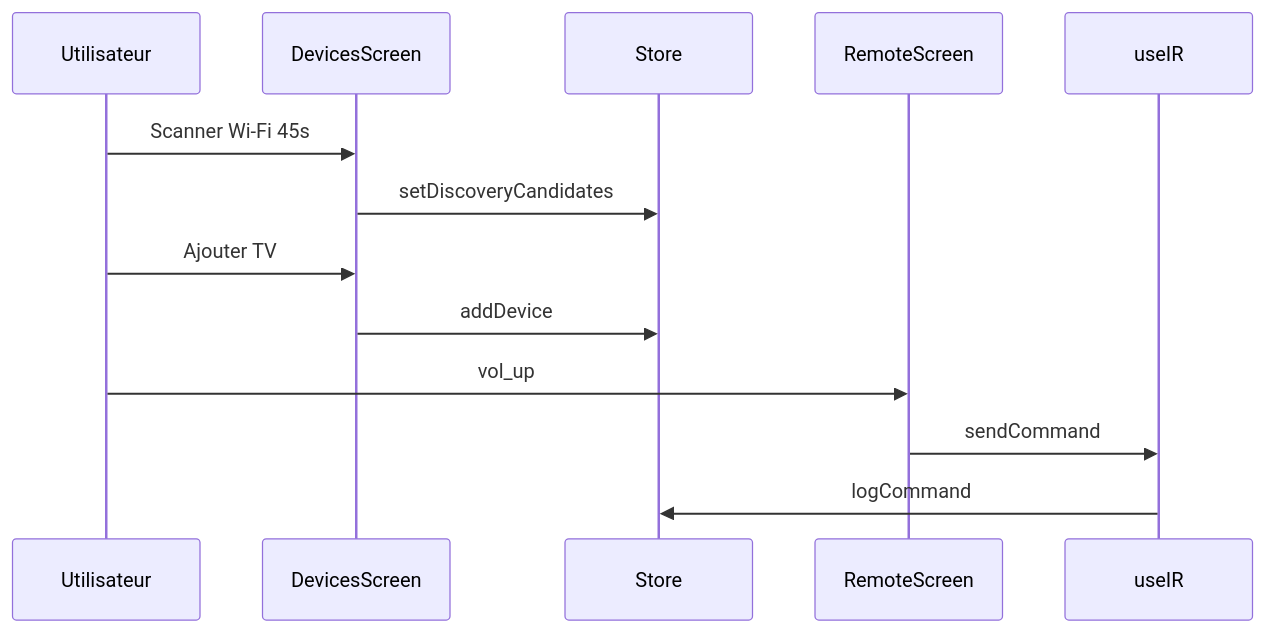
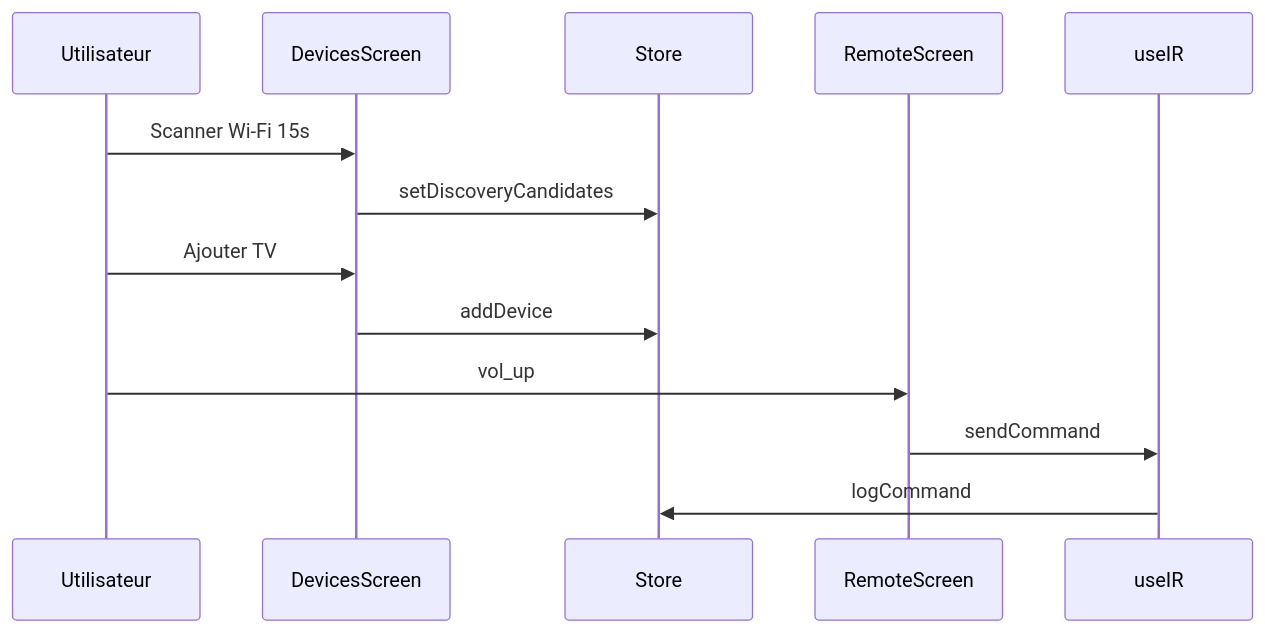
Before and after one commit to KERNEL-FORGE-G/TV: the diagram in docs/03-ECRANS-ET-COMPOSANTS.md, drawn with Mermaid. The commit also changed other lines of this file and 12 other files, not shown here.

````diff
--- a/docs/03-ECRANS-ET-COMPOSANTS.md
+++ b/docs/03-ECRANS-ET-COMPOSANTS.md
@@ -191,16 +191,16 @@
 ```mermaid
 sequenceDiagram
   participant U as Utilisateur
   participant D as DevicesScreen
   participant S as Store
   participant R as RemoteScreen
   participant IR as useIR
 
-  U->>D: Scanner Wi-Fi 45s
+  U->>D: Scanner Wi-Fi 15s
   D->>S: setDiscoveryCandidates
   U->>D: Ajouter TV
   D->>S: addDevice
   U->>R: vol_up
   R->>IR: sendCommand
   IR->>S: logCommand
 ```
````
